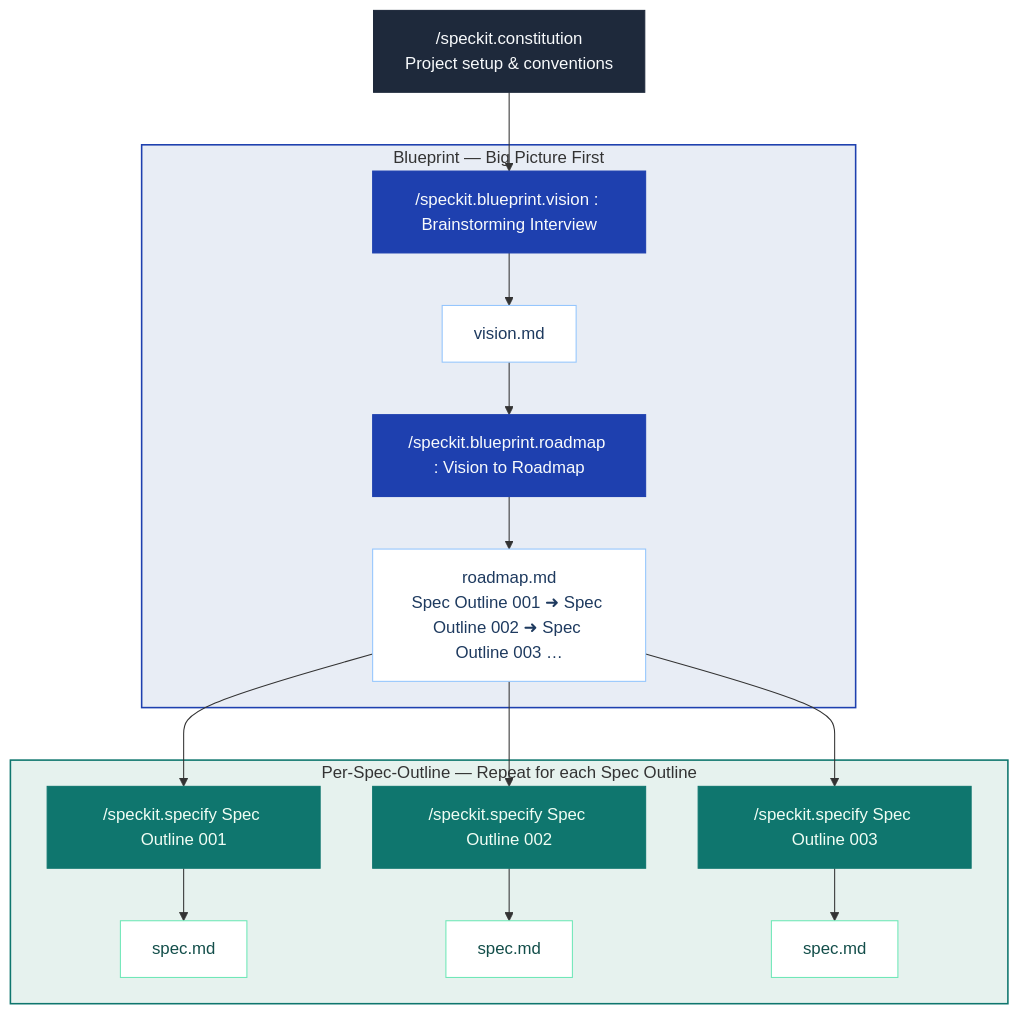
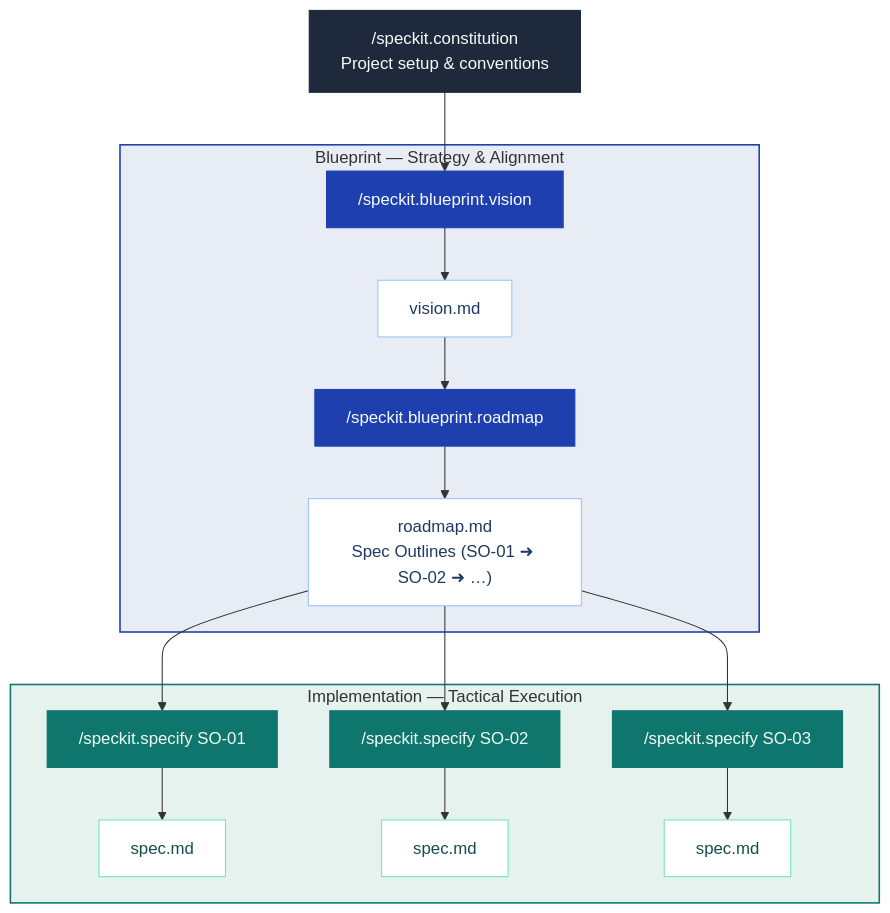
One commit to jaeryun/spec-kit-blueprint changed the diagram in README.md. Above: the diagram before and after it, drawn with Mermaid. The commit also changed other lines of this file, not shown here.

````diff
--- a/README.md
+++ b/README.md
@@ -11,33 +21,33 @@
 ```mermaid
 flowchart TD
     A["/speckit.constitution\nProject setup & conventions"] --> B
 
-    subgraph bp ["Blueprint — Big Picture First"]
-        B["/speckit.blueprint.vision : Brainstorming Interview"]
+    subgraph bp ["Blueprint — Strategy & Alignment"]
+        B["/speckit.blueprint.vision"]
         B --> C["vision.md"]
-        C --> D["/speckit.blueprint.roadmap : Vision to Roadmap"]
-        D --> R["roadmap.md\nSpec Outline 001 ➜ Spec Outline 002 ➜ Spec Outline 003 …"]
+        C --> D["/speckit.blueprint.roadmap"]
+        D --> R["roadmap.md\nSpec Outlines (SO-01 ➜ SO-02 ➜ …)"]
     end
 
     R --> F & G & H
 
-    subgraph impl ["Per-Spec-Outline — Repeat for each Spec Outline"]
-        F["/speckit.specify Spec Outline 001"] --> spec1["spec.md"]
-        G["/speckit.specify Spec Outline 002"] --> spec2["spec.md"]
-        H["/speckit.specify Spec Outline 003"] --> spec3["spec.md"]
+    subgraph impl ["Implementation — Tactical Execution"]
+        F["/speckit.specify SO-01"] --> spec1["spec.md"]
+        G["/speckit.specify SO-02"] --> spec2["spec.md"]
+        H["/speckit.specify SO-03"] --> spec3["spec.md"]
     end
 
     style bp fill:#e8edf5,stroke:#1e40af,stroke-width:1.5px
     style impl fill:#e6f2ee,stroke:#0f766e,stroke-width:1.5px
     style A fill:#1e293b,stroke:#1e293b,color:#f8fafc
     style B fill:#1e40af,stroke:#1e40af,color:#f8fafc
     style C fill:#ffffff,stroke:#93c5fd,color:#1e3a5f
     style D fill:#1e40af,stroke:#1e40af,color:#f8fafc
     style R fill:#ffffff,stroke:#93c5fd,color:#1e3a5f
     style F fill:#0f766e,stroke:#0f766e,color:#f0fdf4
     style G fill:#0f766e,stroke:#0f766e,color:#f0fdf4
     style H fill:#0f766e,stroke:#0f766e,color:#f0fdf4
     style spec1 fill:#ffffff,stroke:#6ee7b7,color:#134e4a
     style spec2 fill:#ffffff,stroke:#6ee7b7,color:#134e4a
     style spec3 fill:#ffffff,stroke:#6ee7b7,color:#134e4a
 ```
````
